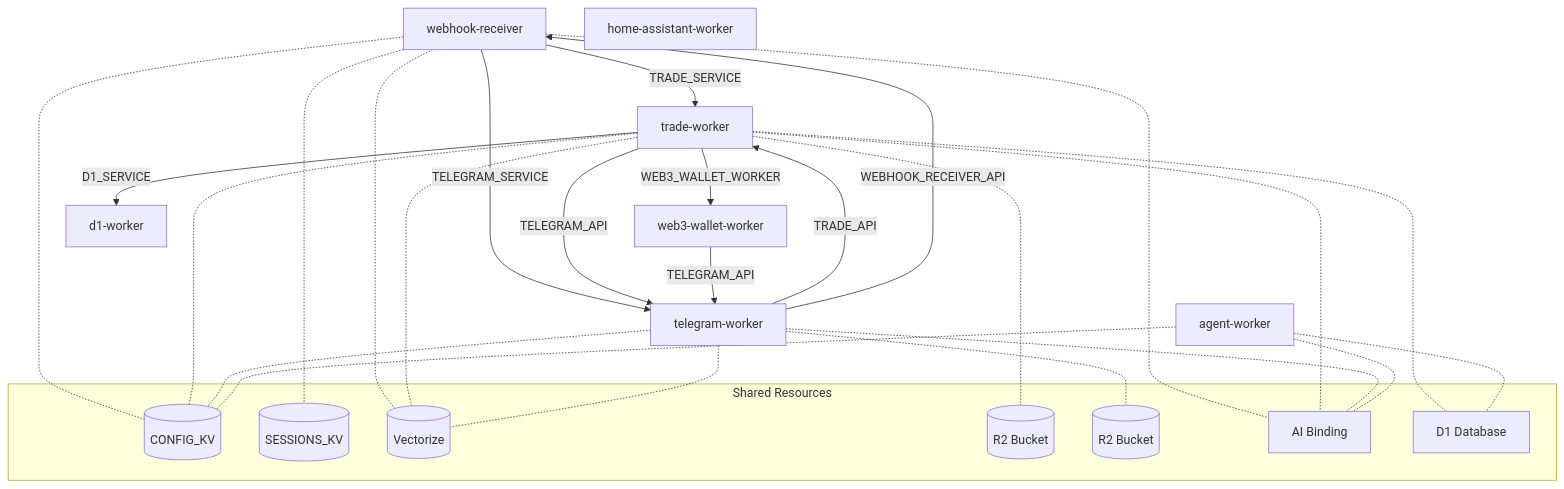
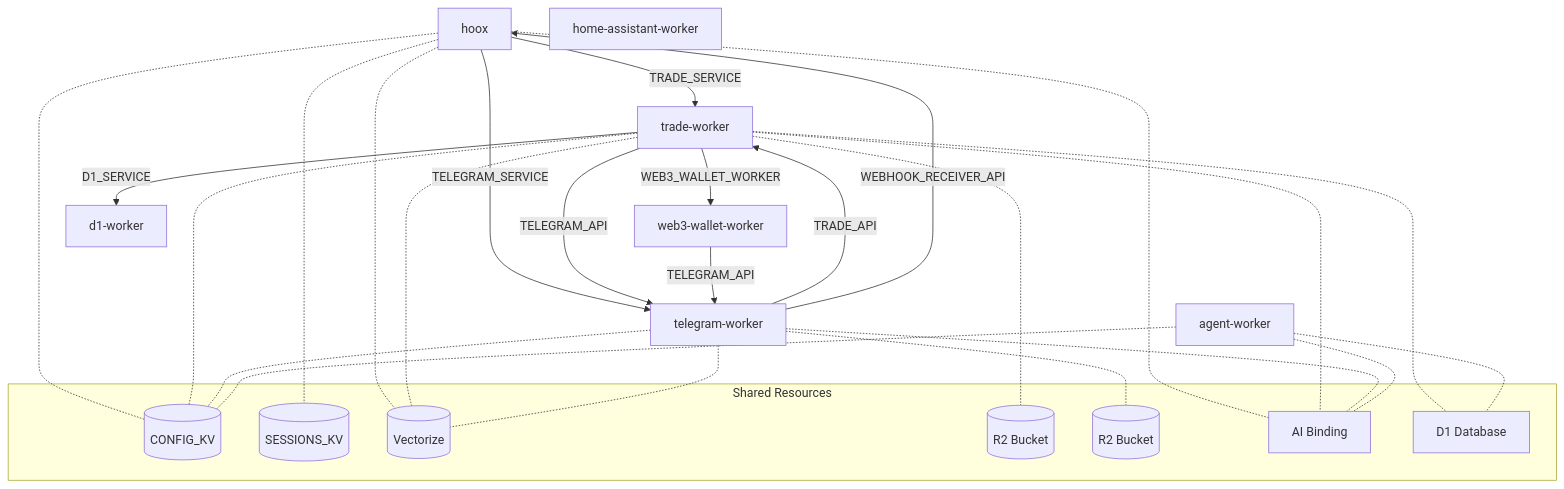
Before and after one commit to jango-blockchained/hoox-setup: the diagram in README.md, drawn with Mermaid. The commit also changed other lines of this file and 8 other files, not shown here.

First line of the commit message:
Refactor webhook-receiver to hoox and update related configurations

````diff
--- a/README.md
+++ b/README.md
@@ -277,52 +277,52 @@
 ```mermaid
 graph TB
-    webhook[webhook-receiver]
+    hoox[hoox]
     trade[trade-worker]
     telegram[telegram-worker]
     web3[web3-wallet-worker]
     d1[d1-worker]
     ha[home-assistant-worker]
     agent[agent-worker]
     
-    webhook -- TRADE_SERVICE --> trade
-    webhook -- TELEGRAM_SERVICE --> telegram
+    hoox -- TRADE_SERVICE --> trade
+    hoox -- TELEGRAM_SERVICE --> telegram
     
     trade -- D1_SERVICE --> d1
     trade -- TELEGRAM_API --> telegram
     trade -- WEB3_WALLET_WORKER --> web3
     
     telegram -- TRADE_API --> trade
-    telegram -- WEBHOOK_RECEIVER_API --> webhook
+    telegram -- WEBHOOK_RECEIVER_API --> hoox
     
     web3 -- TELEGRAM_API --> telegram
     
     subgraph "Shared Resources"
         CONFIG_KV[(CONFIG_KV)]
         SESSIONS_KV[(SESSIONS_KV)]
         VECTORIZE_INDEX[(Vectorize)]
         REPORTS_BUCKET[(R2 Bucket)]
         UPLOADS_BUCKET[(R2 Bucket)]
         AI_BINDING[AI Binding]
         DB[D1 Database]
     end
     
-    webhook -.- CONFIG_KV
-    webhook -.- SESSIONS_KV
-    webhook -.- VECTORIZE_INDEX
-    webhook -.- AI_BINDING
+    hoox -.- CONFIG_KV
+    hoox -.- SESSIONS_KV
+    hoox -.- VECTORIZE_INDEX
+    hoox -.- AI_BINDING
     
     trade -.- CONFIG_KV
     trade -.- VECTORIZE_INDEX
     trade -.- REPORTS_BUCKET
     trade -.- AI_BINDING
     trade -.- DB
     
     telegram -.- CONFIG_KV
     telegram -.- UPLOADS_BUCKET
     telegram -.- VECTORIZE_INDEX
     telegram -.- AI_BINDING
     
     agent -.- CONFIG_KV
     agent -.- AI_BINDING
     agent -.- DB
 ```
````
